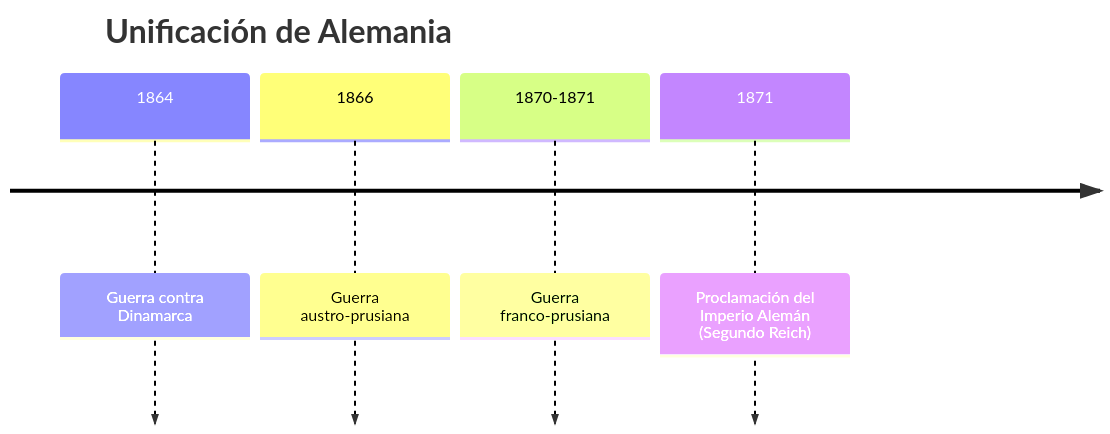
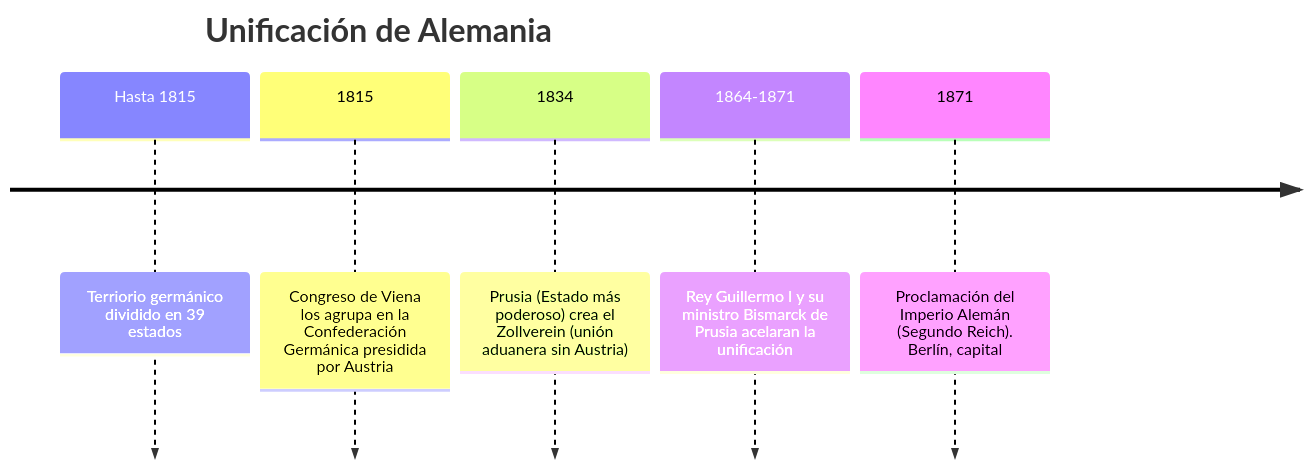
Before and after one commit to ajab138/OscarColegio: the tenth of 10 diagrams in Historia y Geografia/Tema2. Las revoluciones liberales.md, drawn with Mermaid. The commit also changed other lines of this file, not shown here.

````diff
--- a/Historia y Geografia/Tema2. Las revoluciones liberales.md
+++ b/Historia y Geografia/Tema2. Las revoluciones liberales.md
@@ -188,8 +103,9 @@
 ```mermaid
 timeline
   title Unificación de Alemania
-  1864 : Guerra contra Dinamarca
-  1866 : Guerra austro-prusiana
-  1870-1871 : Guerra franco-prusiana
-  1871 : Proclamación del Imperio Alemán (Segundo Reich)
+  Hasta 1815 : Terriorio germánico dividido en 39 estados
+  1815 : Congreso de Viena los agrupa en la Confederación Germánica presidida por Austria
+  1834 : Prusia (Estado más poderoso) crea el Zollverein (unión aduanera sin Austria)
+  1864-1871 : Rey Guillermo I y su ministro Bismarck de Prusia acelaran la unificación
+  1871 : Proclamación del Imperio Alemán (Segundo Reich). Berlín, capital
 ```
````
